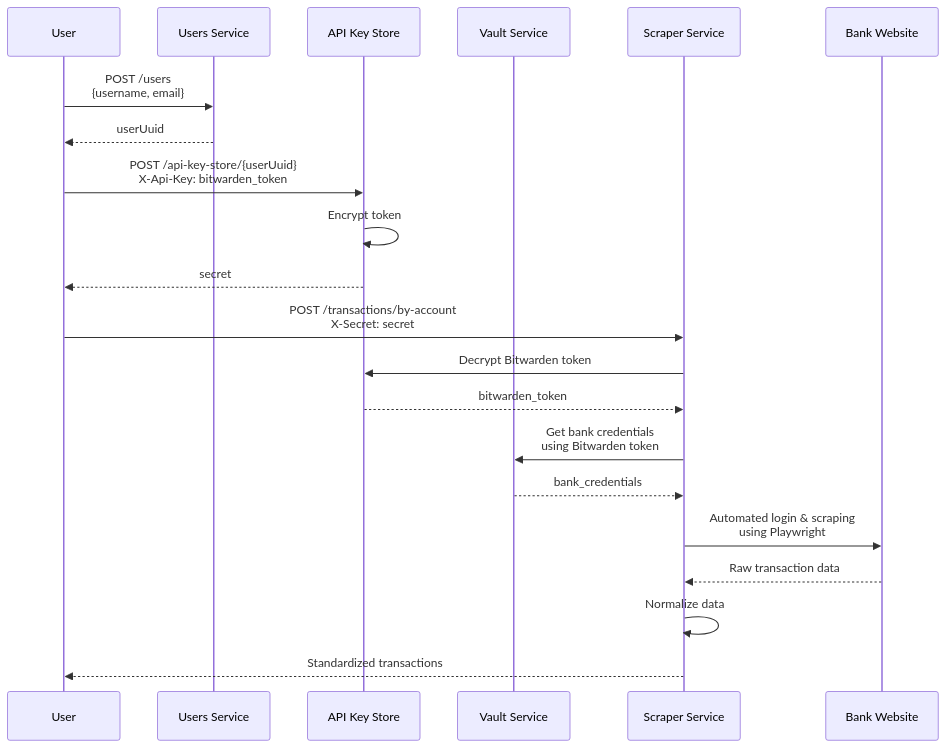
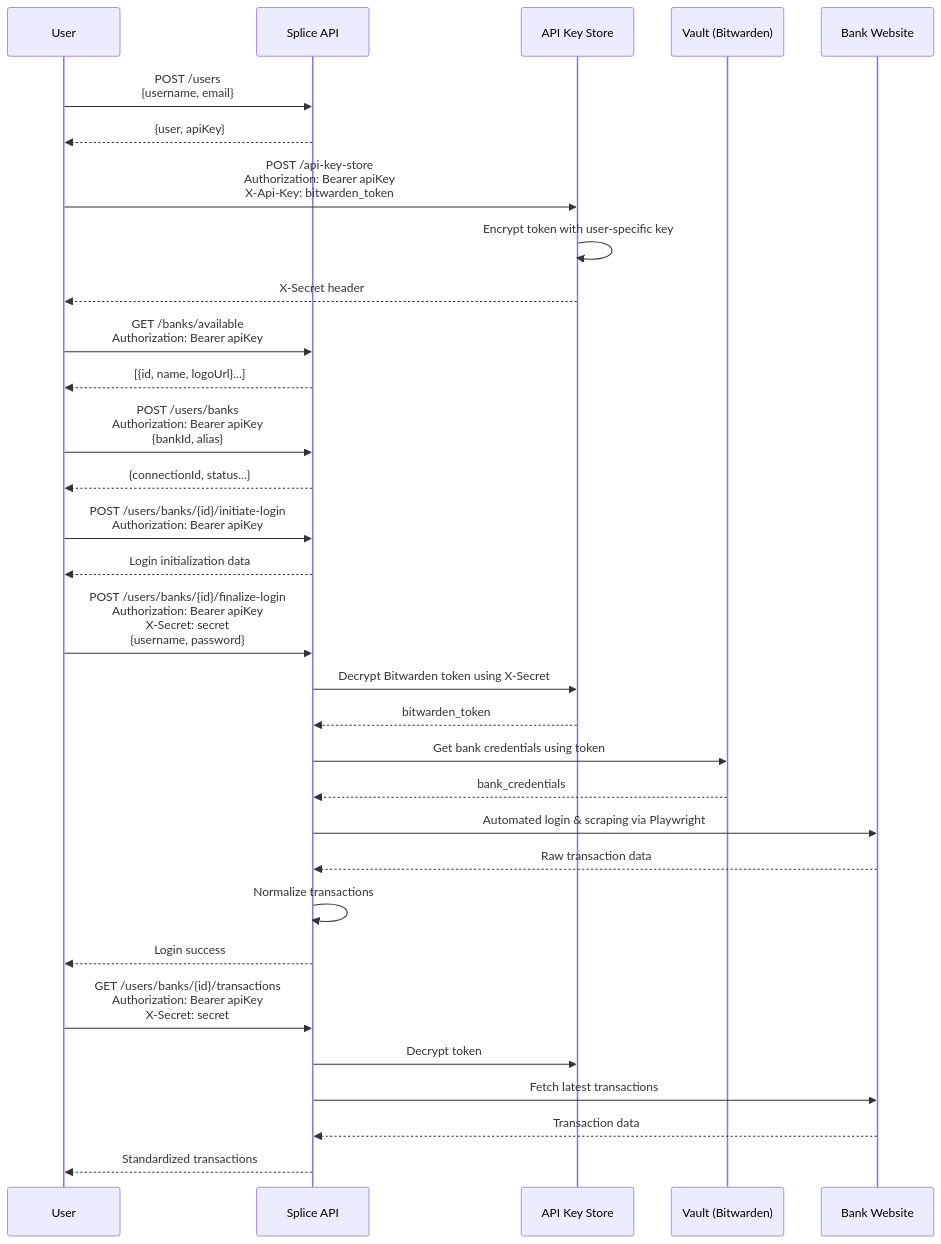
The diagram in README.md (koonweee/splice), drawn with Mermaid before and after one commit. The commit also changed other lines of this file, not shown here.

First line of the commit message:
docs: modernize README with accurate API usage and monorepo structure

````diff
--- a/README.md
+++ b/README.md
@@ -88,29 +139,47 @@
 ```mermaid
 sequenceDiagram
     participant U as User
-    participant US as Users Service
+    participant S as Splice API
     participant KS as API Key Store
-    participant V as Vault Service
-    participant S as Scraper Service
+    participant V as Vault (Bitwarden)
     participant B as Bank Website
 
-    %% User Creation
-    U->>US: POST /users<br>{username, email}
-    US-->>U: userUuid
+    %% User Creation & Authentication
+    U->>S: POST /users<br>{username, email}
+    S-->>U: {user, apiKey}
 
     %% Store Bitwarden Token
-    U->>KS: POST /api-key-store/{userUuid}<br>X-Api-Key: bitwarden_token
-    KS->>KS: Encrypt token
-    KS-->>U: secret
+    U->>KS: POST /api-key-store<br>Authorization: Bearer apiKey<br>X-Api-Key: bitwarden_token
+    KS->>KS: Encrypt token with user-specific key
+    KS-->>U: X-Secret header
 
-    %% Fetch Transactions
-    U->>S: POST /transactions/by-account<br>X-Secret: secret
-    S->>KS: Decrypt Bitwarden token
+    %% Get Available Banks
+    U->>S: GET /banks/available<br>Authorization: Bearer apiKey
+    S-->>U: [{id, name, logoUrl}...]
+
+    %% Create Bank Connection
+    U->>S: POST /users/banks<br>Authorization: Bearer apiKey<br>{bankId, alias}
+    S-->>U: {connectionId, status...}
+
+    %% Initiate Login
+    U->>S: POST /users/banks/{id}/initiate-login<br>Authorization: Bearer apiKey
+    S-->>U: Login initialization data
+
+    %% Finalize Login & Fetch Transactions
+    U->>S: POST /users/banks/{id}/finalize-login<br>Authorization: Bearer apiKey<br>X-Secret: secret<br>{username, password}
+    S->>KS: Decrypt Bitwarden token using X-Secret
     KS-->>S: bitwarden_token
-    S->>V: Get bank credentials<br>using Bitwarden token
+    S->>V: Get bank credentials using token
     V-->>S: bank_credentials
-    S->>B: Automated login & scraping<br>using Playwright
+    S->>B: Automated login & scraping via Playwright
     B-->>S: Raw transaction data
-    S->>S: Normalize data
+    S->>S: Normalize transactions
+    S-->>U: Login success
+
+    %% Get Transactions
+    U->>S: GET /users/banks/{id}/transactions<br>Authorization: Bearer apiKey<br>X-Secret: secret
+    S->>KS: Decrypt token
+    S->>B: Fetch latest transactions
+    B-->>S: Transaction data
     S-->>U: Standardized transactions
 ```
````
